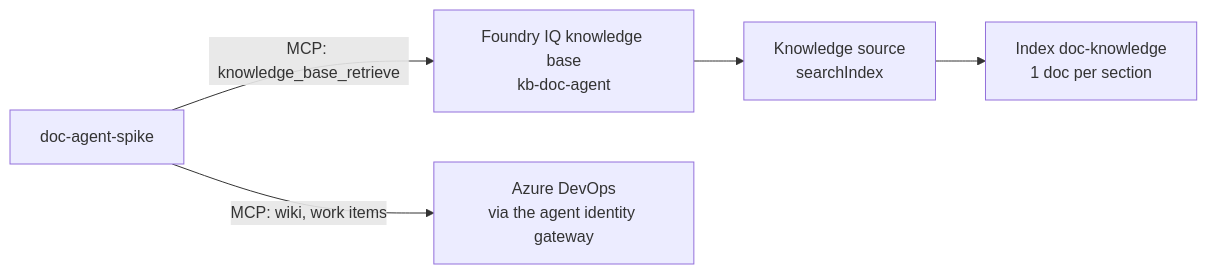
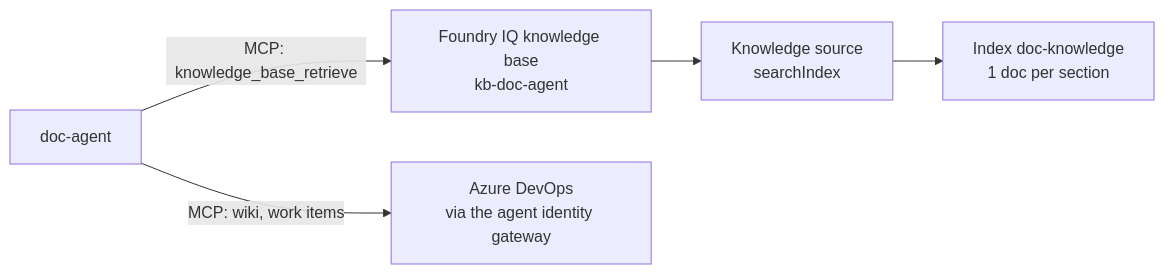
Before and after one commit to wdhm/foundry-agentic-pattern: the diagram in docs/workshop/foundry-iq-guide.md, drawn with Mermaid. The commit also changed other lines of this file and 13 other files, not shown here.

First line of the commit message:
docs: demo P2 on prompt agent doc-agent instead of the spike

````diff
--- a/docs/workshop/foundry-iq-guide.md
+++ b/docs/workshop/foundry-iq-guide.md
@@ -13,6 +13,6 @@
 ```mermaid
 flowchart LR
-    A[doc-agent-spike] -- MCP: knowledge_base_retrieve --> KB[Foundry IQ knowledge base<br/>kb-doc-agent]
+    A[doc-agent] -- MCP: knowledge_base_retrieve --> KB[Foundry IQ knowledge base<br/>kb-doc-agent]
     KB --> KS[Knowledge source<br/>searchIndex] --> IX[Index doc-knowledge<br/>1 doc per section]
     A -- MCP: wiki, work items --> ADO[Azure DevOps<br/>via the agent identity gateway]
 ```
````
